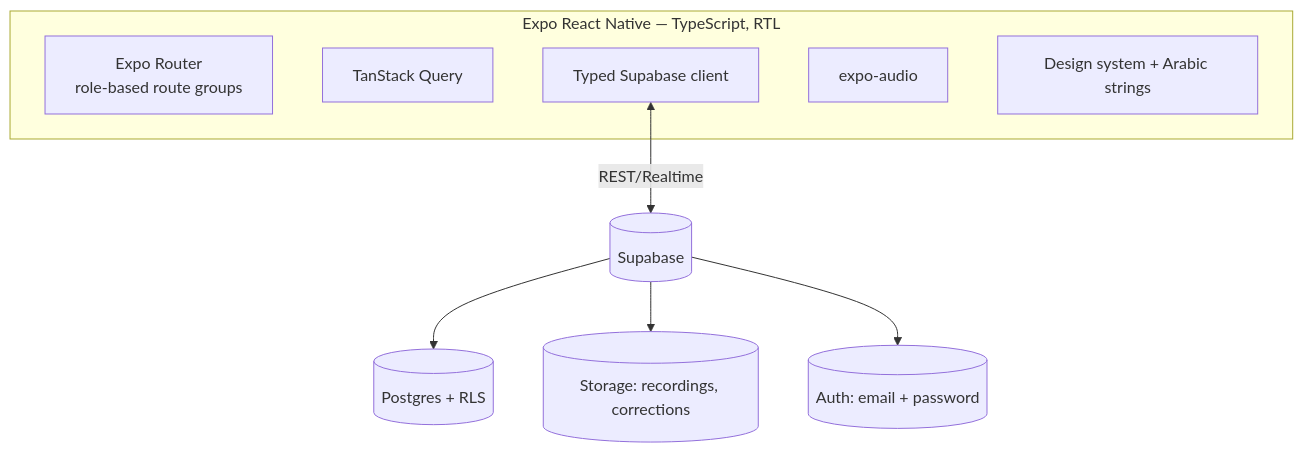
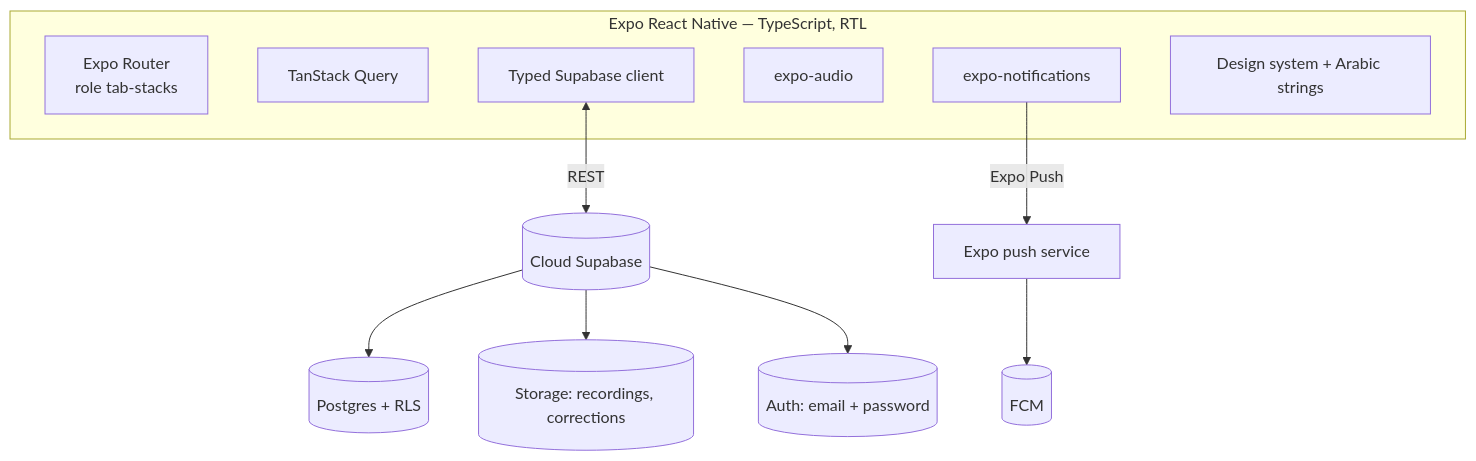
The first of 6 diagrams in README.md (walidozich/quran-app), drawn with Mermaid before and after one commit. The commit also changed other lines of this file, not shown here.

Commit message:
docs: refresh README for cloud backend, bottom tabs, wirds, and notifications

````diff
--- a/README.md
+++ b/README.md
@@ -94,14 +60,16 @@
 ```mermaid
 flowchart TD
     subgraph App[Expo React Native — TypeScript, RTL]
-        R[Expo Router<br/>role-based route groups]
+        R[Expo Router<br/>role tab-stacks]
         Q[TanStack Query]
         S[Typed Supabase client]
         AU[expo-audio]
+        N[expo-notifications]
         TH[Design system + Arabic strings]
     end
-    S <-->|REST/Realtime| SB[(Supabase)]
+    S <-->|REST| SB[(Cloud Supabase)]
+    N -->|Expo Push| EXPO[Expo push service] --> FCM[(FCM)]
     SB --> DB[(Postgres + RLS)]
     SB --> ST[(Storage: recordings, corrections)]
     SB --> AUTH[(Auth: email + password)]
 ```
````
